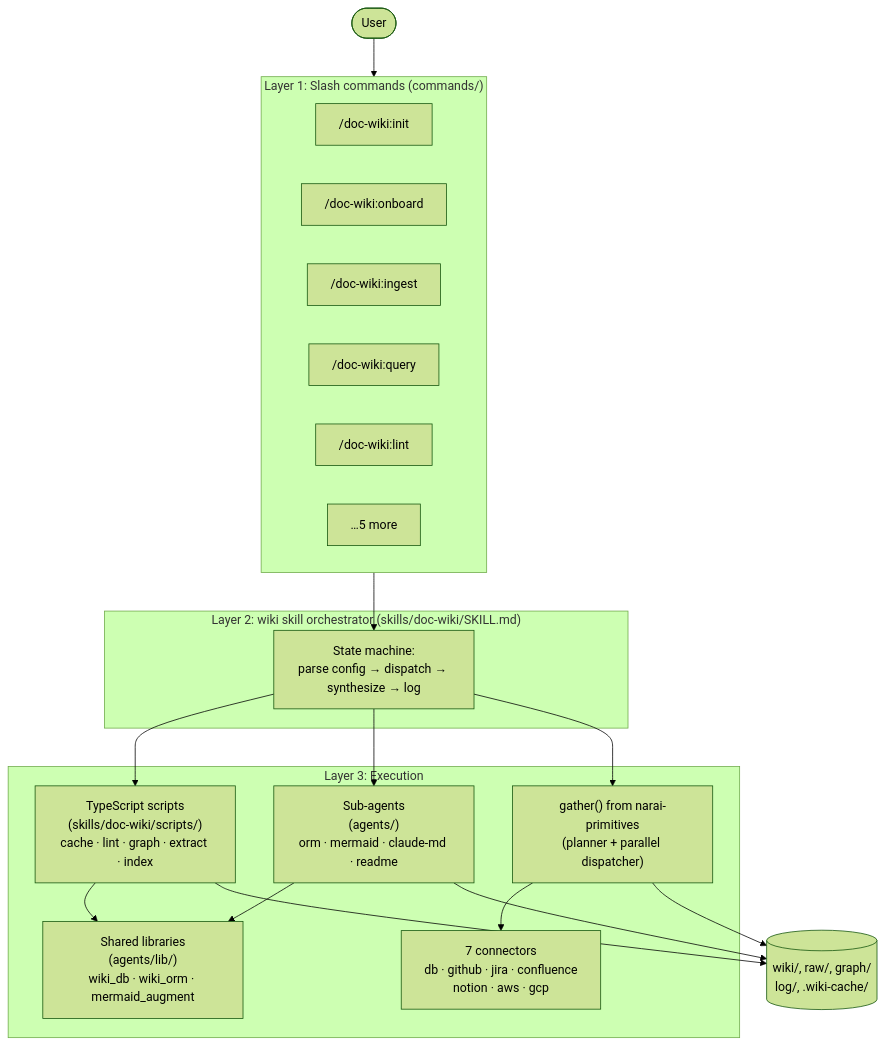
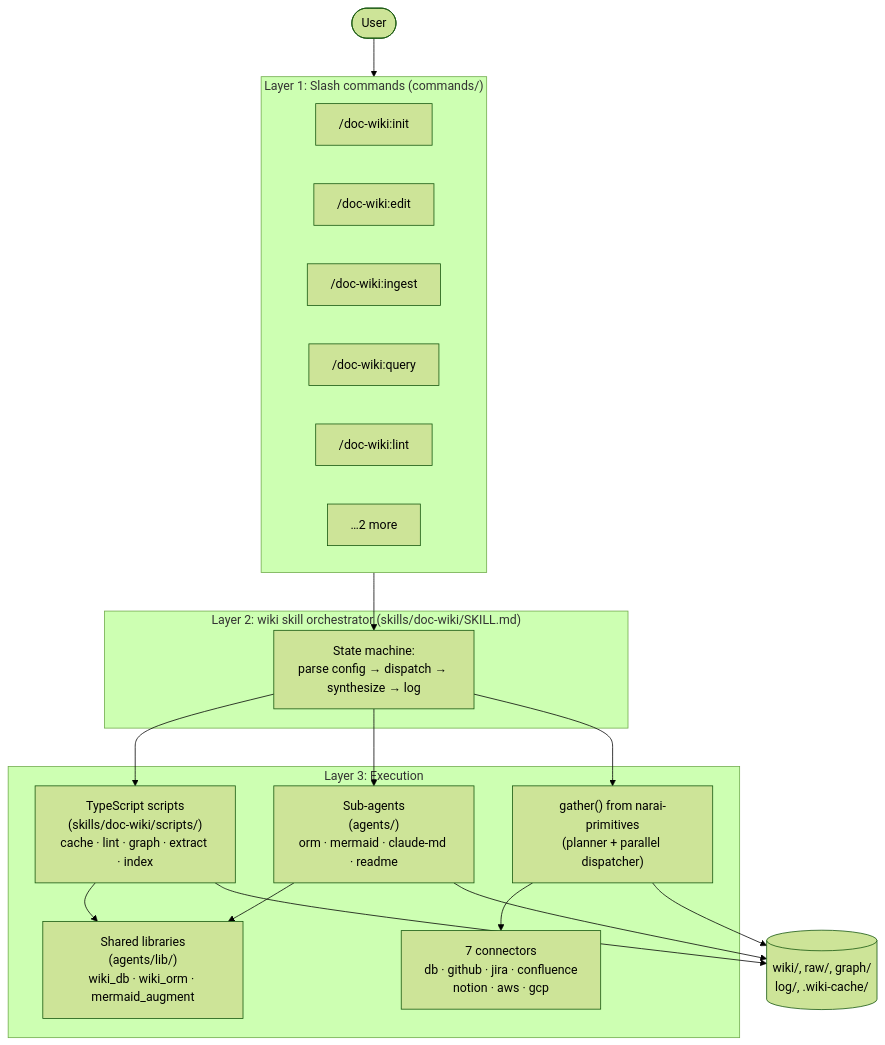
The first of 4 diagrams in docs/internals/architecture.md (narailabs/doc-wiki), drawn with Mermaid (forest theme) before and after one commit. The commit also changed other lines of this file and 2 other files, not shown here.

First line of the commit message:
docs(doc-wiki): clean up stragglers after command simplification

````diff
--- a/docs/internals/architecture.md
+++ b/docs/internals/architecture.md
@@ -37,35 +37,35 @@
 ```mermaid
 flowchart TB
     User([User])
     subgraph L1["Layer 1: Slash commands (commands/)"]
         WInit["/doc-wiki:init"]
-        WOnboard["/doc-wiki:onboard"]
+        WEdit["/doc-wiki:edit"]
         WIngest["/doc-wiki:ingest"]
         WQuery["/doc-wiki:query"]
         WLint["/doc-wiki:lint"]
-        WMore["…5 more"]
+        WMore["…2 more"]
     end
     subgraph L2["Layer 2: wiki skill orchestrator (skills/doc-wiki/SKILL.md)"]
         Orch["State machine:<br/>parse config → dispatch → synthesize → log"]
     end
     subgraph L3["Layer 3: Execution"]
         Scripts["TypeScript scripts<br/>(skills/doc-wiki/scripts/)<br/>cache · lint · graph · extract · index"]
         Agents["Sub-agents<br/>(agents/)<br/>orm · mermaid · claude-md · readme"]
         Libs["Shared libraries<br/>(agents/lib/)<br/>wiki_db · wiki_orm · mermaid_augment"]
         Gather["gather() from narai-primitives<br/>(planner + parallel dispatcher)"]
         Connectors["7 connectors<br/>db · github · jira · confluence<br/>notion · aws · gcp"]
         Gather --> Connectors
     end
     Storage[("wiki/, raw/, graph/<br/>log/, .wiki-cache/")]
 
     User --> L1
     L1 --> Orch
     Orch --> Scripts
     Orch --> Agents
     Orch --> Gather
     Scripts --> Libs
     Agents --> Libs
     Scripts --> Storage
     Gather --> Storage
     Agents --> Storage
 ```
````
